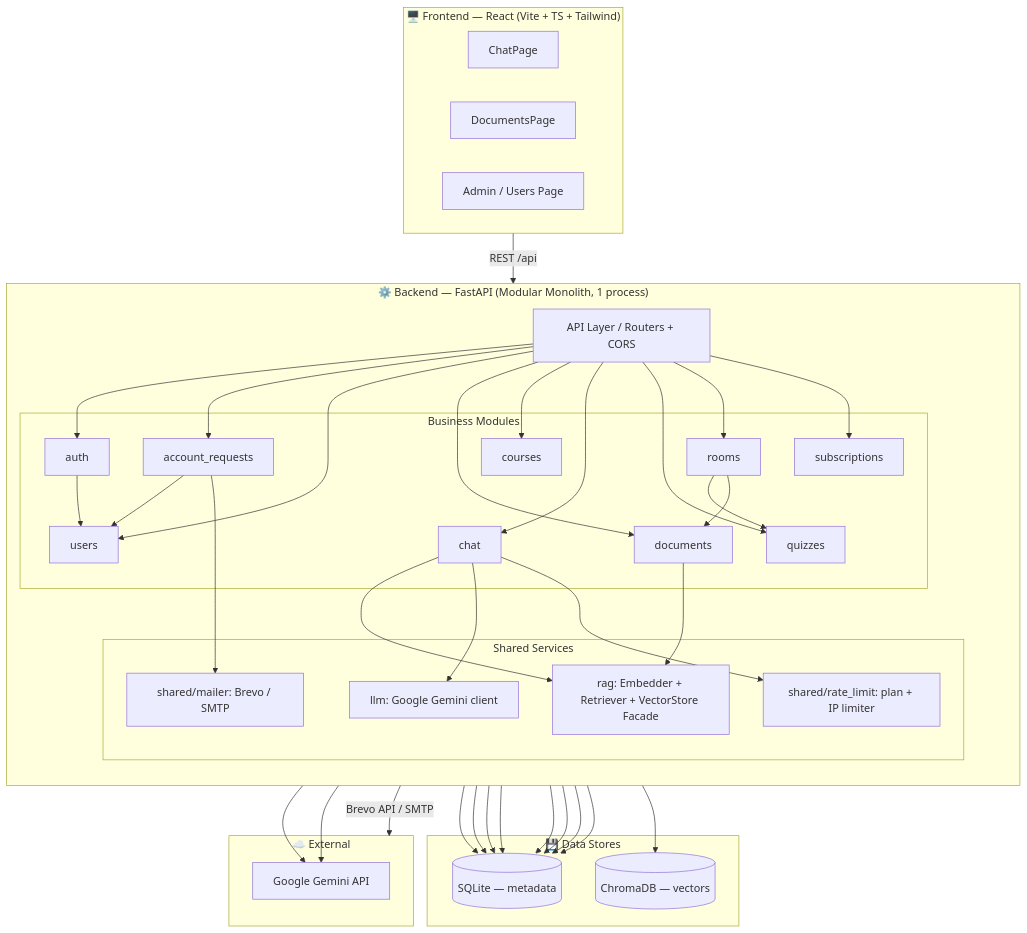
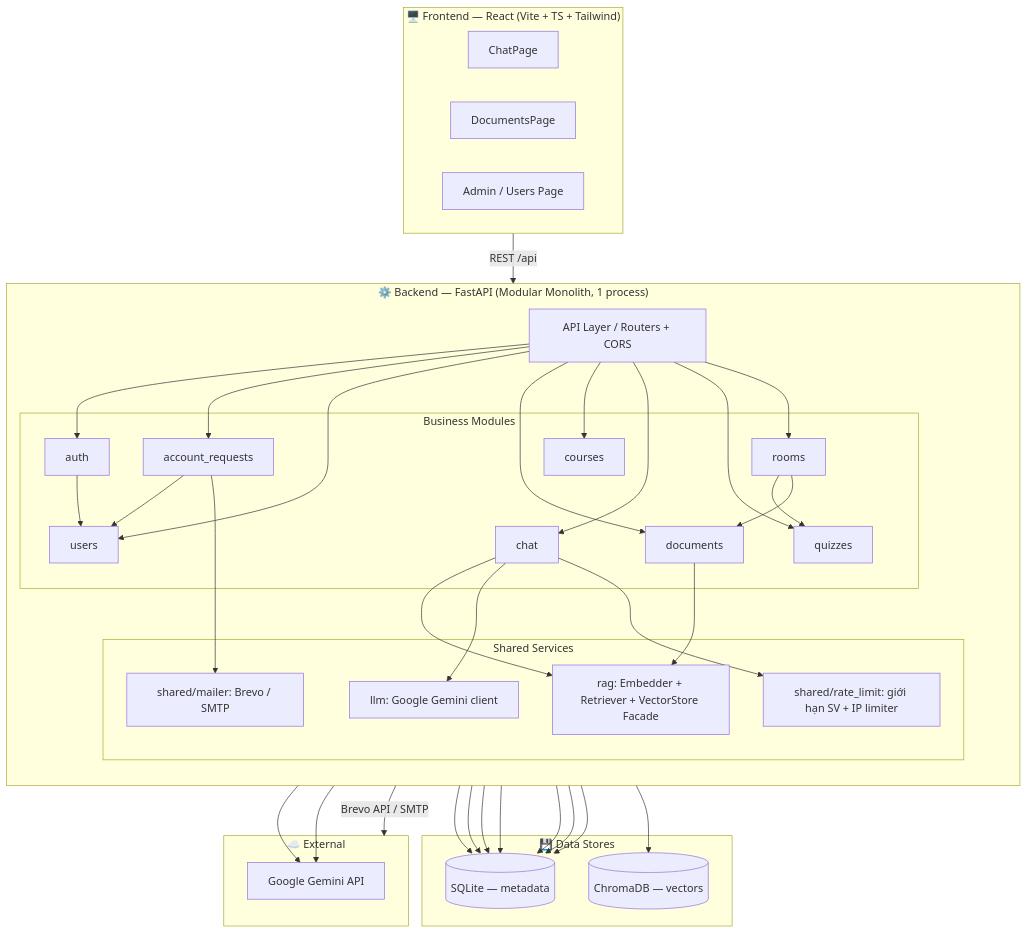
Before and after one commit to Scobydoo1/swd: the seventh of 13 diagrams in docs/DESIGN.md, drawn with Mermaid. The commit also changed other lines of this file and 27 other files, not shown here.

````diff
--- a/docs/DESIGN.md
+++ b/docs/DESIGN.md
@@ -394,65 +375,63 @@
 ```mermaid
 graph TB
     subgraph Client["🖥️ Frontend — React (Vite + TS + Tailwind)"]
         CP[ChatPage]
         DP[DocumentsPage]
         AP[Admin / Users Page]
     end
 
     subgraph Backend["⚙️ Backend — FastAPI (Modular Monolith, 1 process)"]
         direction TB
         API[API Layer / Routers + CORS]
 
         subgraph Modules["Business Modules"]
             AUTH[auth]
             ACCRQ[account_requests]
             USERS[users]
             DOCS[documents]
             COURSES[courses]
             CHAT[chat]
             QUIZ[quizzes]
             ROOMS[rooms]
-            SUBS[subscriptions]
         end
 
         subgraph Shared["Shared Services"]
             RAG[rag: Embedder + Retriever + VectorStore Facade]
             LLMW[llm: Google Gemini client]
             MAILER[shared/mailer: Brevo / SMTP]
-            RATELIMIT[shared/rate_limit: plan + IP limiter]
+            RATELIMIT[shared/rate_limit: giới hạn SV + IP limiter]
         end
     end
 
     subgraph Data["💾 Data Stores"]
         SQLITE[(SQLite — metadata)]
         CHROMA[(ChromaDB — vectors)]
     end
 
     subgraph External["☁️ External"]
         GEMINI[Google Gemini API]
     end
 
     Client -->|REST /api| API
-    API --> AUTH & ACCRQ & USERS & DOCS & COURSES & CHAT & QUIZ & ROOMS & SUBS
+    API --> AUTH & ACCRQ & USERS & DOCS & COURSES & CHAT & QUIZ & ROOMS
     DOCS --> RAG
     CHAT --> RAG
     CHAT --> LLMW
     CHAT --> RATELIMIT
     AUTH --> USERS
     ACCRQ --> USERS
     ACCRQ --> MAILER
     ROOMS --> QUIZ
     ROOMS --> DOCS
     DOCS --> SQLITE
     USERS --> SQLITE
     COURSES --> SQLITE
     CHAT --> SQLITE
     QUIZ --> SQLITE
     ROOMS --> SQLITE
-    SUBS --> SQLITE
     ACCRQ --> SQLITE
     RAG --> CHROMA
     RAG --> GEMINI
     LLMW --> GEMINI
     MAILER -->|Brevo API / SMTP| External
 ```
````
